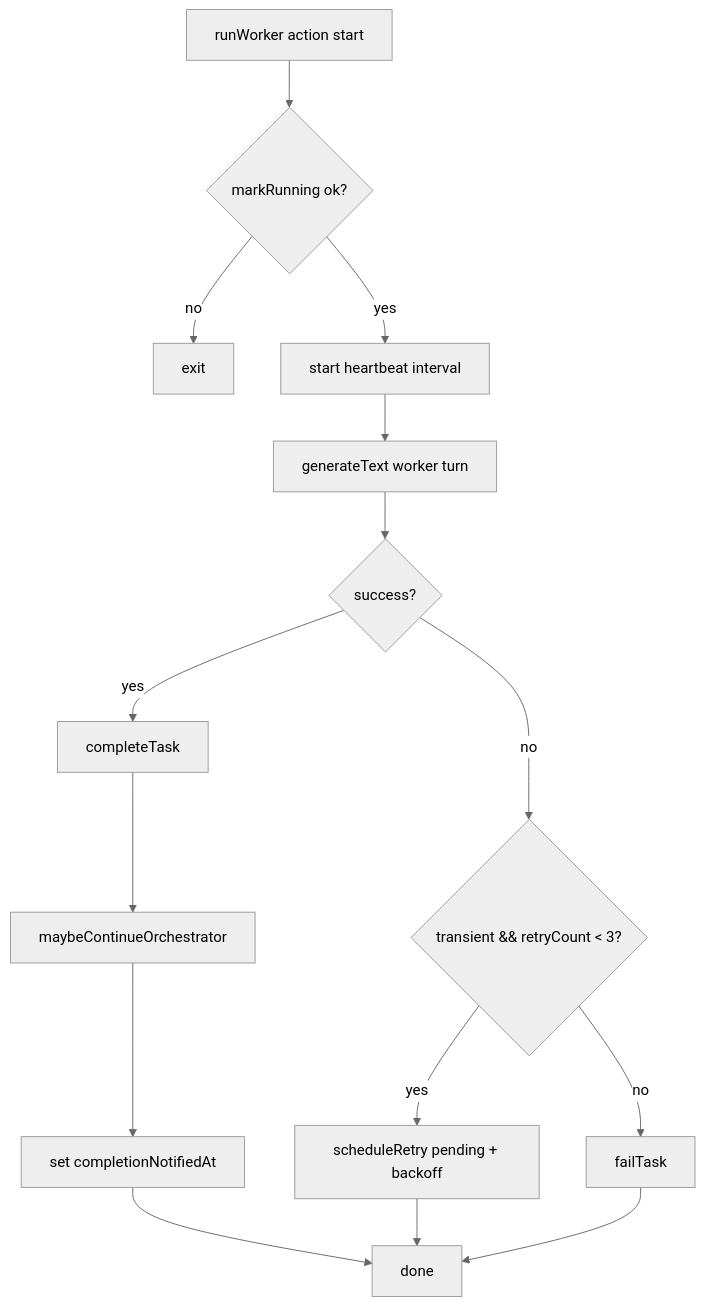
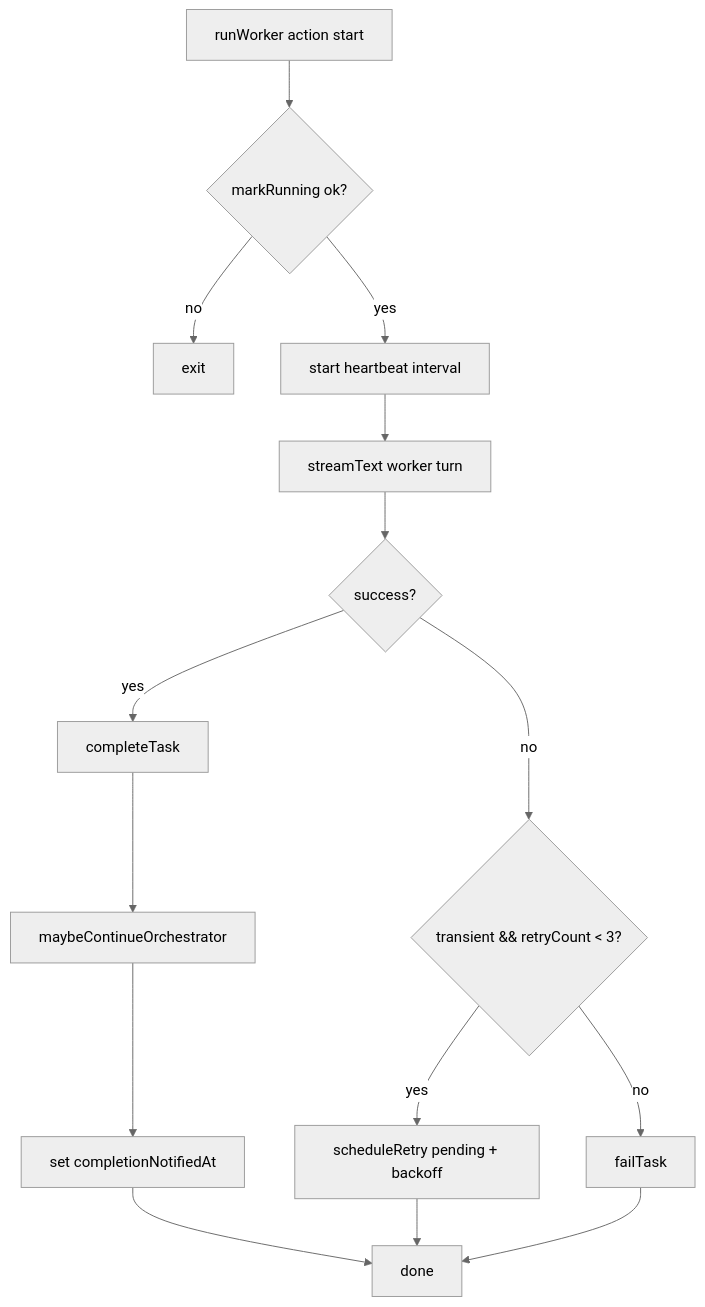
Before and after one commit to 1qh/noboil: the third of 4 diagrams in apps/agent/plan/workers.md, drawn with Mermaid (neutral theme). The commit also changed other lines of this file and 1 other file, not shown here.

Commit message:
docs: Reprioritize plan — real-time streaming is #1, workers use streamText, ai-elements components, priority checklist, original requirements front and center

````diff
--- a/apps/agent/plan/workers.md
+++ b/apps/agent/plan/workers.md
@@ -80,17 +80,17 @@
 ```mermaid
 flowchart TD
     S[runWorker action start] --> MR{markRunning ok?}
     MR -- no --> X[exit]
     MR -- yes --> HB[start heartbeat interval]
-    HB --> GEN[generateText worker turn]
+    HB --> GEN[streamText worker turn]
     GEN --> OK{success?}
     OK -- yes --> CT[completeTask]
     CT --> MC[maybeContinueOrchestrator]
     MC --> CN[set completionNotifiedAt]
     CN --> END[done]
     OK -- no --> TR{transient && retryCount < 3?}
     TR -- yes --> RT[scheduleRetry pending + backoff]
     TR -- no --> FL[failTask]
     RT --> END
     FL --> END
 ```
````
